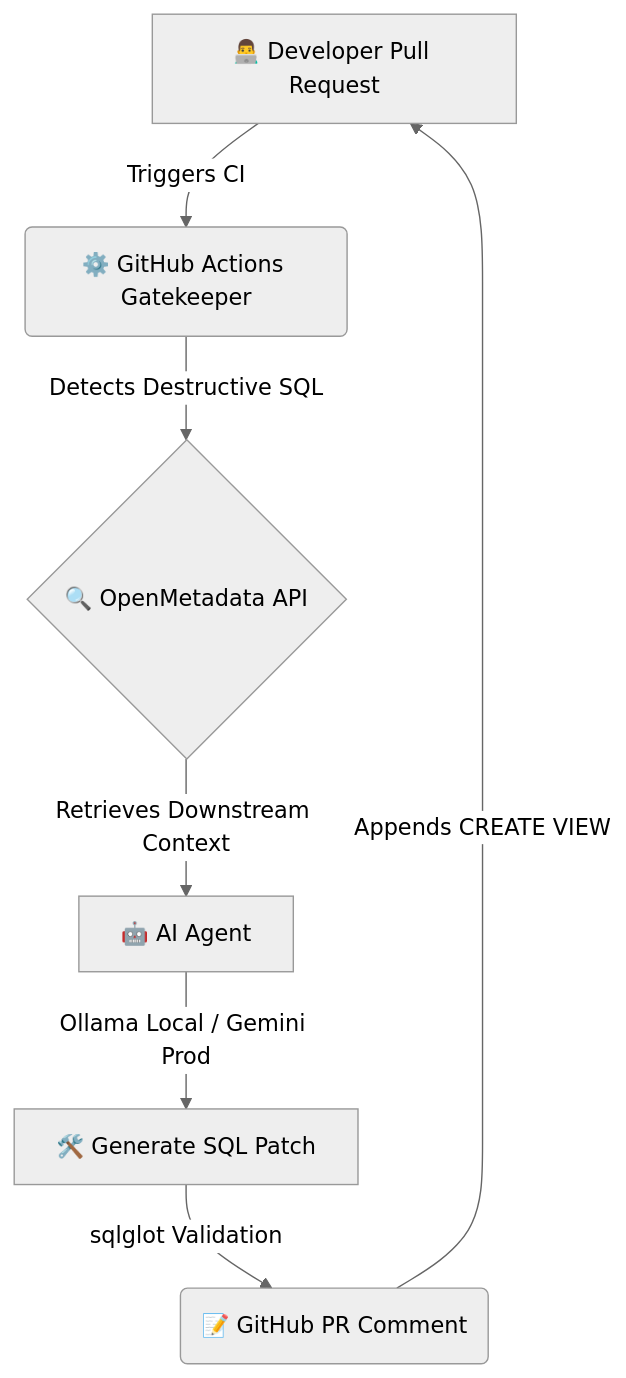
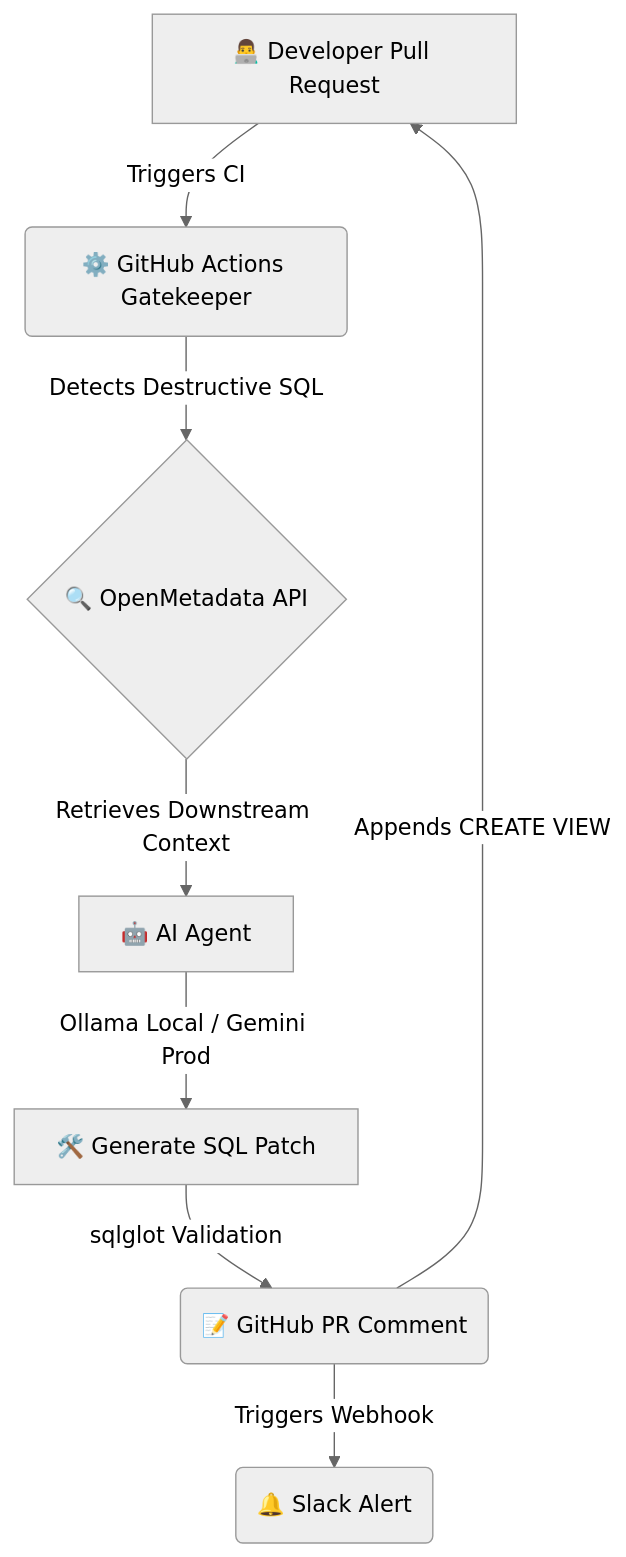
Before and after one commit to karttikjangid/CI-CD-gatekeeper: the diagram in README.md, drawn with Mermaid (neutral theme). The commit also changed other lines of this file and 5 other files, not shown here.

````diff
--- a/README.md
+++ b/README.md
@@ -64,9 +68,10 @@
 ```mermaid
 flowchart TD
     A[👨‍💻 Developer Pull Request] -->|Triggers CI| B(⚙️ GitHub Actions Gatekeeper)
     B -->|Detects Destructive SQL| C{🔍 OpenMetadata API}
     C -->|Retrieves Downstream Context| D[🤖 AI Agent]
     D -->|Ollama Local / Gemini Prod| E[🛠️ Generate SQL Patch]
     E -->|sqlglot Validation| F(📝 GitHub PR Comment)
     F -->|Appends CREATE VIEW| A
+    F -->|Triggers Webhook| G(🔔 Slack Alert)
 ```
````
